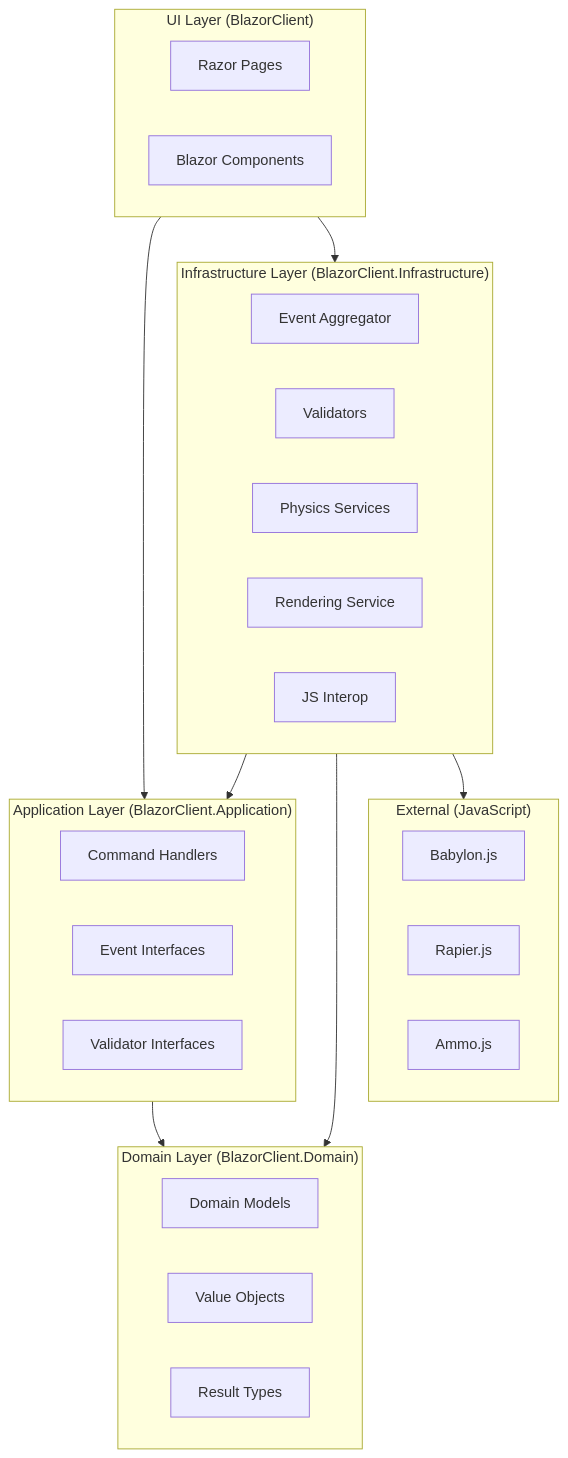
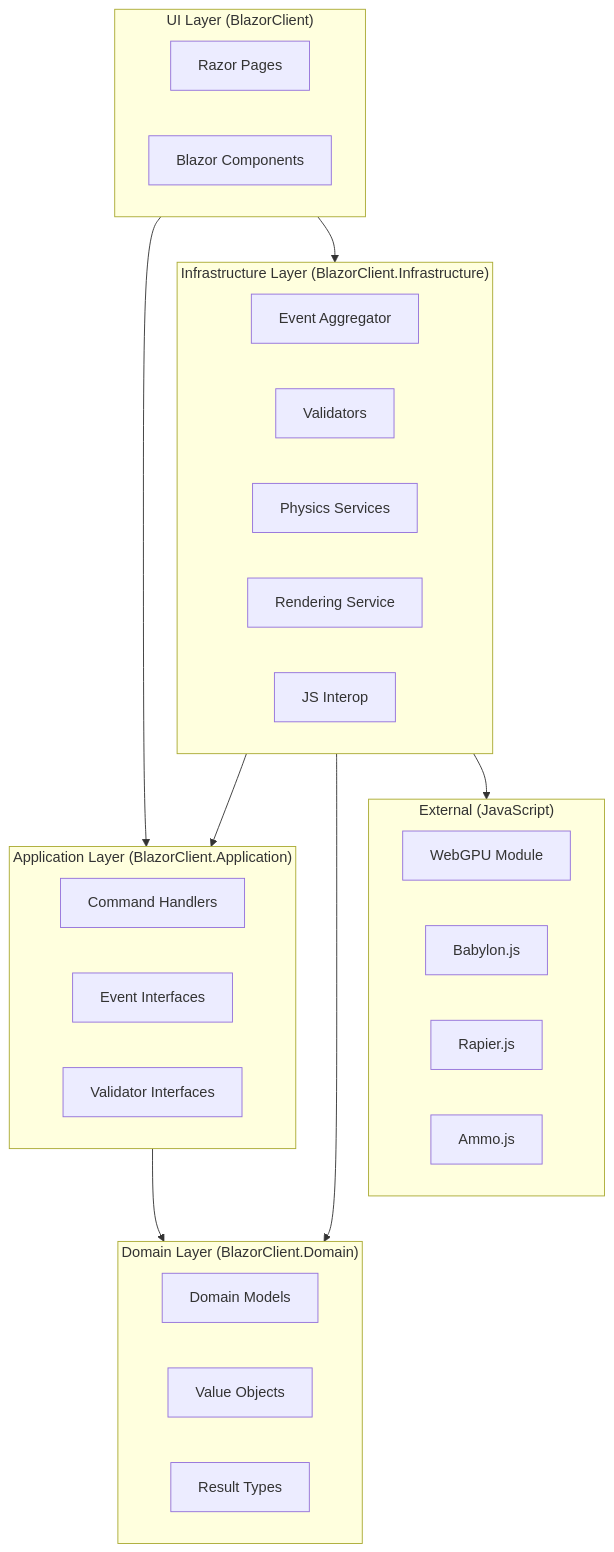
The second of 4 diagrams in blazor-3d-bounce/docs/architecture.md (svgorkom/Blazor3DPhysics), drawn with Mermaid before and after one commit. The commit also changed other lines of this file and 18 other files, not shown here.

Commit message:
WebGPU Rendering Path  Detect WebGPU availability  Create WebGPU renderer alongside WebGL  Automatic fallback to WebGL2  Performance comparison metrics

````diff
--- a/blazor-3d-bounce/docs/architecture.md
+++ b/blazor-3d-bounce/docs/architecture.md
@@ -78,40 +155,41 @@
 ```mermaid
 flowchart TB
     subgraph UI["UI Layer (BlazorClient)"]
         Pages[Razor Pages]
         Components[Blazor Components]
     end
 
     subgraph Application["Application Layer (BlazorClient.Application)"]
         Commands[Command Handlers]
         Events[Event Interfaces]
         Validation[Validator Interfaces]
     end
 
     subgraph Domain["Domain Layer (BlazorClient.Domain)"]
         Models[Domain Models]
         ValueObjects[Value Objects]
         Results[Result Types]
     end
 
     subgraph Infrastructure["Infrastructure Layer (BlazorClient.Infrastructure)"]
         EventImpl[Event Aggregator]
         ValidatorImpl[Validators]
         Physics[Physics Services]
         Rendering[Rendering Service]
         Interop[JS Interop]
     end
 
     subgraph External["External (JavaScript)"]
+        WebGPU[WebGPU Module]
         Babylon[Babylon.js]
         Rapier[Rapier.js]
         Ammo[Ammo.js]
     end
 
     UI --> Application
     UI --> Infrastructure
     Application --> Domain
     Infrastructure --> Application
     Infrastructure --> Domain
     Infrastructure --> External
 ```
````
